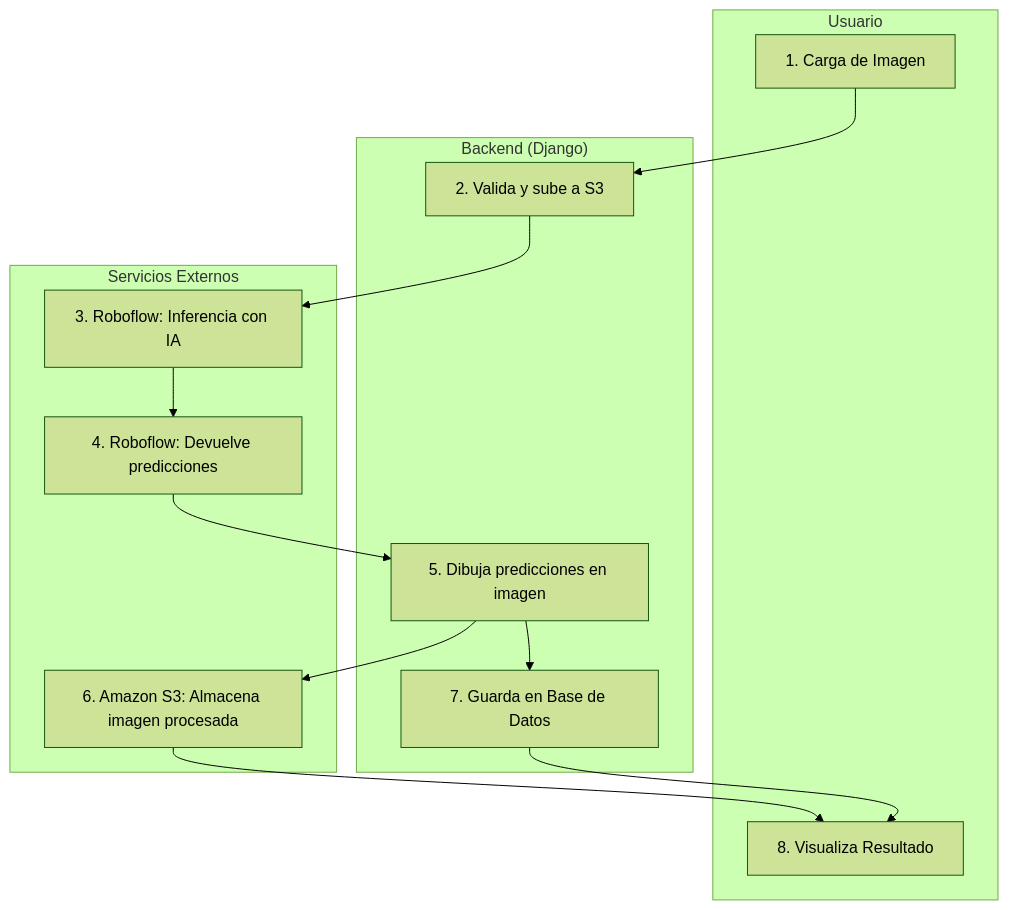
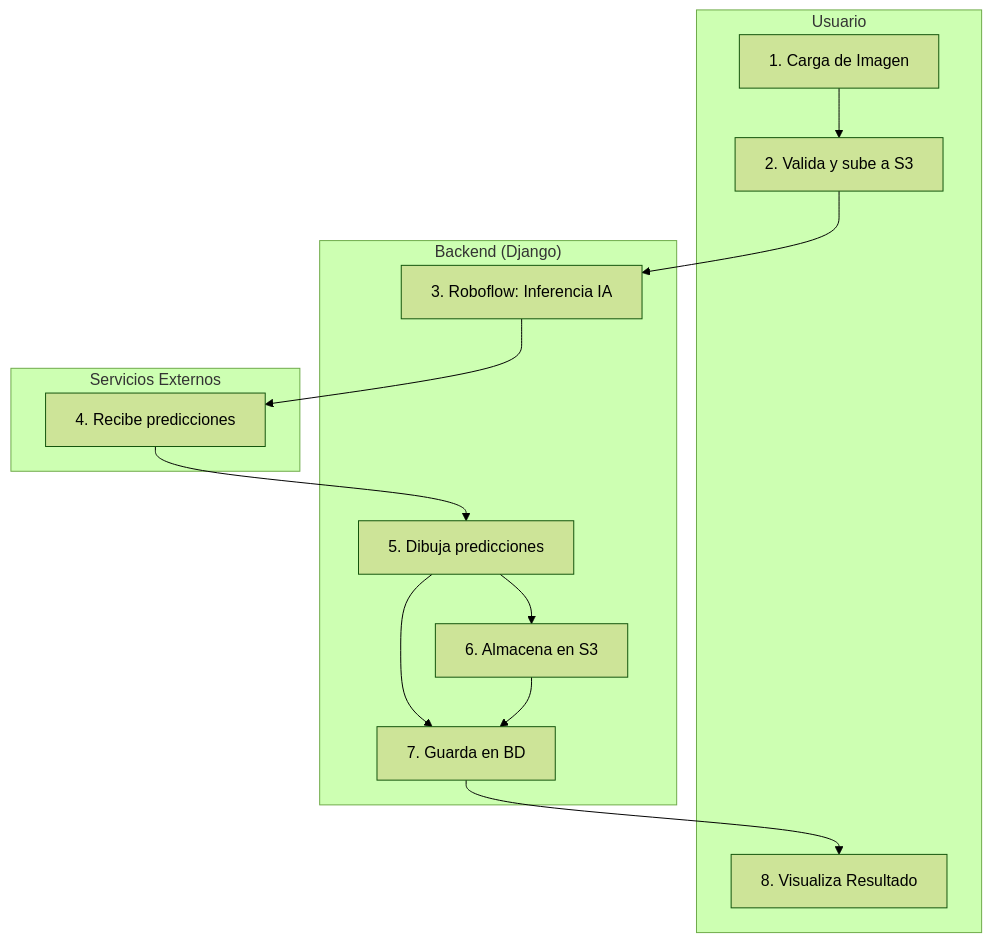
Before and after one commit to RonnyAreUneMi/HerniaOrtiz: the diagram in README.md, drawn with Mermaid (forest theme).

````diff
--- a/README.md
+++ b/README.md
@@ -32,21 +32,21 @@
 ```mermaid
-graph TD
-    subgraph "Usuario"
-        A[1. Carga de Imagen]
+flowchart TD
+    subgraph Usuario
+        A[1. Carga de Imagen] --> B
         H[8. Visualiza Resultado]
     end
 
     subgraph "Backend (Django)"
-        B[2. Valida y sube a S3]
-        E[5. Dibuja predicciones en imagen]
-        G[7. Guarda en Base de Datos]
+        B[2. Valida y sube a S3] --> C
+        E[5. Dibuja predicciones] --> F
+        E --> G[7. Guarda en BD]
     end
 
     subgraph "Servicios Externos"
-        C[3. Roboflow: Inferencia con IA]
-        D[4. Roboflow: Devuelve predicciones]
-        F[6. Amazon S3: Almacena imagen procesada]
+        C[3. Roboflow: Inferencia IA] --> D
+        D[4. Recibe predicciones] --> E
+        F[6. Almacena en S3] --> G
     end
 
-    A --> B --> C --> D --> E --> F & G --> H
+    G --> H
 ```
````
